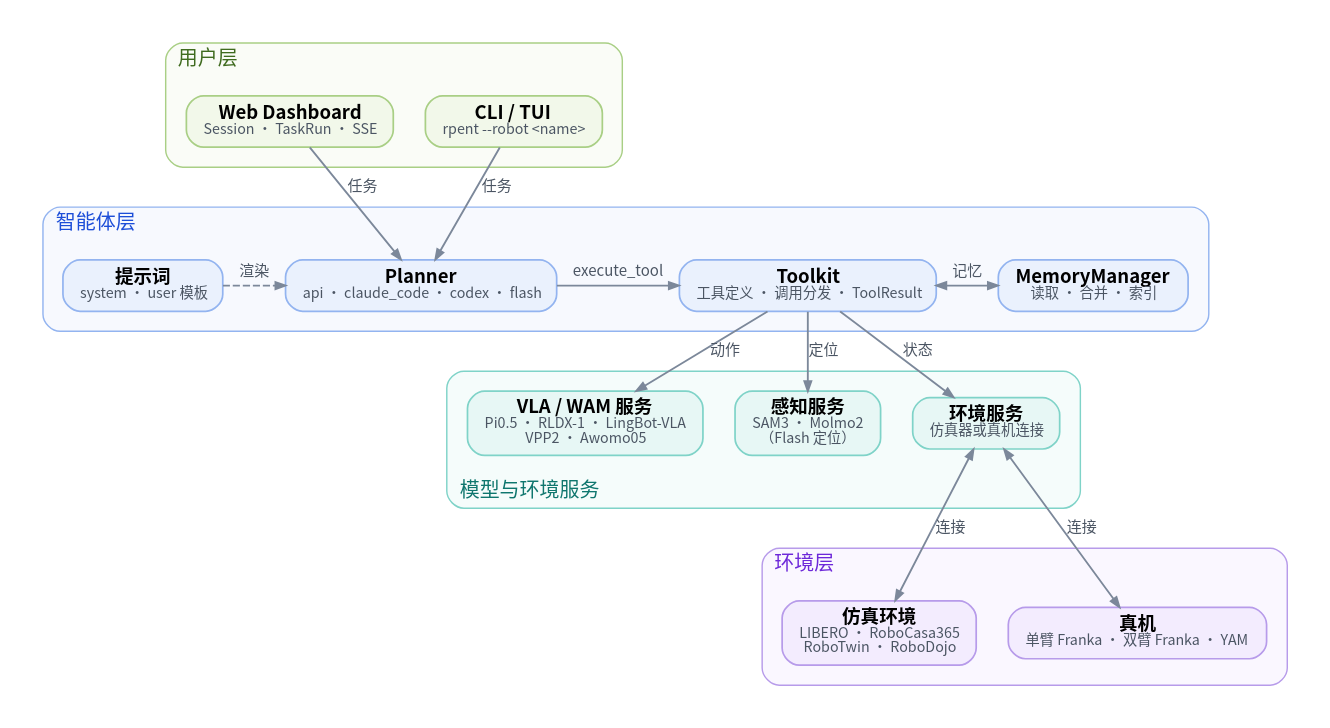
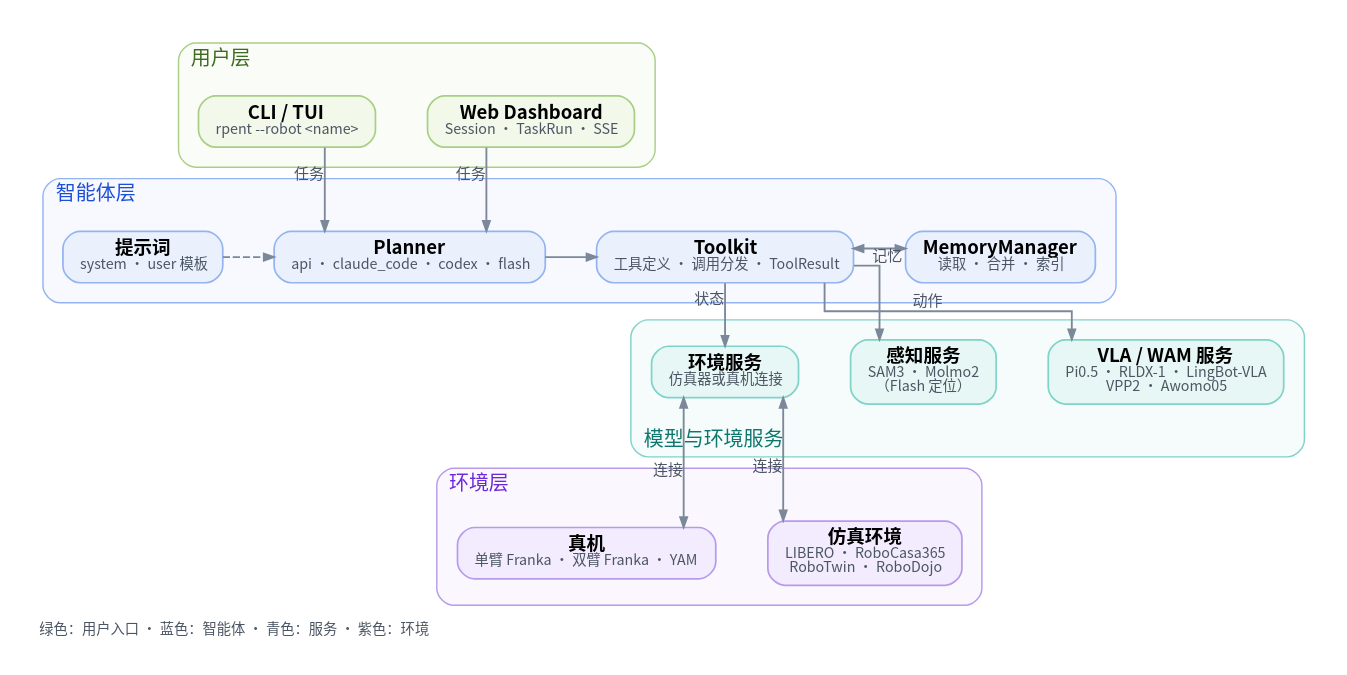
Before and after one commit to qurakchin/RPent: the diagram in docs/_diagrams/architecture-zh.dot, drawn with Graphviz. The commit also changed 48 other files, not shown here.

First line of the commit message:
docs: redraw diagrams and align section names across pages

```diff
--- a/docs/_diagrams/architecture-zh.dot
+++ b/docs/_diagrams/architecture-zh.dot
@@ -1,62 +1,64 @@
 digraph architecture {
-  graph [rankdir=TB, splines=spline, nodesep=0.30, ranksep=0.36, pad=0.20,
-         newrank=true, fontname="Hiragino Sans GB,Noto Sans CJK SC,sans-serif", bgcolor="white"];
+  graph [rankdir=TB, splines=ortho, nodesep=0.50, ranksep=0.55, pad=0.20,
+         newrank=true, fontname="Hiragino Sans GB,Noto Sans CJK SC,sans-serif", bgcolor="white",
+         label="绿色：用户入口 · 蓝色：智能体 · 青色：服务 · 紫色：环境", labelloc="b", labeljust="l", fontsize=10,
+         fontcolor="#4b5563"];
   node [shape=box, style="rounded,filled", fontname="Hiragino Sans GB,Noto Sans CJK SC,sans-serif", fontsize=12,
         margin="0.16,0.09", penwidth=1.2];
   edge [color="#7c889a", penwidth=1.3, arrowsize=0.7, fontname="Hiragino Sans GB,Noto Sans CJK SC,sans-serif",
         fontsize=10.5, fontcolor="#4b5563"];
 
   subgraph cluster_user {
     label="用户层"; labeljust="l"; labelloc="t";
     fontsize=14; margin=14;
     fontcolor="#3f6b1f"; style="rounded,filled";
     fillcolor="#f2f8ea66"; color="#a9cf85";
 {rank=same; dashboard; cli;}
   dashboard [label=<<FONT POINT-SIZE="13"><B>Web Dashboard</B></FONT><BR/><FONT POINT-SIZE="10" COLOR="#4b5563">Session · TaskRun · SSE</FONT>>, fillcolor="#f2f8ea", color="#a9cf85"];
   cli [label=<<FONT POINT-SIZE="13"><B>CLI / TUI</B></FONT><BR/><FONT POINT-SIZE="10" COLOR="#4b5563">rpent --robot &lt;name&gt;</FONT>>, fillcolor="#f2f8ea", color="#a9cf85"];
   }
 
   subgraph cluster_agent {
     label="智能体层"; labeljust="l"; labelloc="t";
     fontsize=14; margin=14;
     fontcolor="#1d4ed8"; style="rounded,filled";
     fillcolor="#eaf1fd66"; color="#93b4f0";
 {rank=same; prompts; planner; toolkit; memory;}
   prompts [label=<<FONT POINT-SIZE="13"><B>提示词</B></FONT><BR/><FONT POINT-SIZE="10" COLOR="#4b5563">system · user 模板</FONT>>, fillcolor="#eaf1fd", color="#93b4f0"];
   planner [label=<<FONT POINT-SIZE="13"><B>Planner</B></FONT><BR/><FONT POINT-SIZE="10" COLOR="#4b5563">api · claude_code · codex · flash</FONT>>, fillcolor="#eaf1fd", color="#93b4f0"];
-  toolkit [label=<<FONT POINT-SIZE="13"><B>Toolkit</B></FONT><BR/><FONT POINT-SIZE="10" COLOR="#4b5563">工具定义 · 调用分发 · ToolResult</FONT>>, fillcolor="#eaf1fd", color="#93b4f0"];
+  toolkit [label=<<FONT POINT-SIZE="13"><B>Toolkit</B></FONT><BR/><FONT POINT-SIZE="10" COLOR="#4b5563">工具定义 · 调用分发 · ToolResult</FONT>>, fillcolor="#eaf1fd", color="#93b4f0", group=spine];
   memory [label=<<FONT POINT-SIZE="13"><B>MemoryManager</B></FONT><BR/><FONT POINT-SIZE="10" COLOR="#4b5563">读取 · 合并 · 索引</FONT>>, fillcolor="#eaf1fd", color="#93b4f0"];
   }
 
   subgraph cluster_service {
     label="模型与环境服务"; labeljust="l"; labelloc="b";
     fontsize=14; margin=14;
     fontcolor="#0f766e"; style="rounded,filled";
     fillcolor="#e7f7f566"; color="#7fd3c8";
 {rank=same; vla; perception; env_service;}
   vla [label=<<FONT POINT-SIZE="13"><B>VLA / WAM 服务</B></FONT><BR/><FONT POINT-SIZE="10" COLOR="#4b5563">Pi0.5 · RLDX-1 · LingBot-VLA<BR/>VPP2 · Awomo05</FONT>>, fillcolor="#e7f7f5", color="#7fd3c8"];
   perception [label=<<FONT POINT-SIZE="13"><B>感知服务</B></FONT><BR/><FONT POINT-SIZE="10" COLOR="#4b5563">SAM3 · Molmo2<BR/>（Flash 定位）</FONT>>, fillcolor="#e7f7f5", color="#7fd3c8"];
-  env_service [label=<<FONT POINT-SIZE="13"><B>环境服务</B></FONT><BR/><FONT POINT-SIZE="10" COLOR="#4b5563">仿真器或真机连接</FONT>>, fillcolor="#e7f7f5", color="#7fd3c8"];
+  env_service [label=<<FONT POINT-SIZE="13"><B>环境服务</B></FONT><BR/><FONT POINT-SIZE="10" COLOR="#4b5563">仿真器或真机连接</FONT>>, fillcolor="#e7f7f5", color="#7fd3c8", group=spine];
   }
 
   subgraph cluster_env {
     label="环境层"; labeljust="l"; labelloc="t";
     fontsize=14; margin=14;
     fontcolor="#6d28d9"; style="rounded,filled";
     fillcolor="#f3ecfe66"; color="#b79bea";
 {rank=same; sims; real;}
   sims [label=<<FONT POINT-SIZE="13"><B>仿真环境</B></FONT><BR/><FONT POINT-SIZE="10" COLOR="#4b5563">LIBERO · RoboCasa365<BR/>RoboTwin · RoboDojo</FONT>>, fillcolor="#f3ecfe", color="#b79bea"];
   real [label=<<FONT POINT-SIZE="13"><B>真机</B></FONT><BR/><FONT POINT-SIZE="10" COLOR="#4b5563">单臂 Franka · 双臂 Franka · YAM</FONT>>, fillcolor="#f3ecfe", color="#b79bea"];
   }
 
-  dashboard -> planner [label="任务"];
-  cli -> planner [label="任务"];
-  prompts -> planner [style=dashed, label="渲染"];
-  planner -> toolkit [label="execute_tool"];
-  toolkit -> memory [dir=both, label="记忆"];
-  toolkit -> vla [label="动作"];
-  toolkit -> perception [label="定位"];
-  toolkit -> env_service [label="状态"];
-  env_service -> sims [dir=both, label="连接"];
-  env_service -> real [dir=both, label="连接"];
+  dashboard -> planner [xlabel="任务"];
+  cli -> planner [xlabel="任务"];
+  prompts -> planner [style=dashed];
+  planner -> toolkit;
+  toolkit -> memory [dir=both, xlabel="记忆"];
+  toolkit -> vla [xlabel="动作"];
+  toolkit -> perception;
+  toolkit -> env_service [xlabel="状态"];
+  env_service -> sims [dir=both, xlabel="连接"];
+  env_service -> real [dir=both, xlabel="连接"];
 }
```
